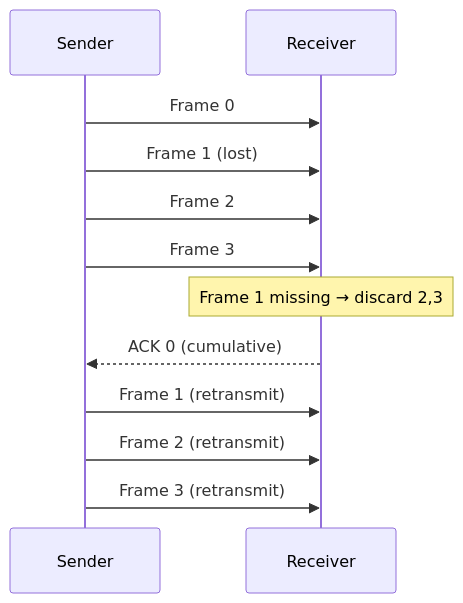
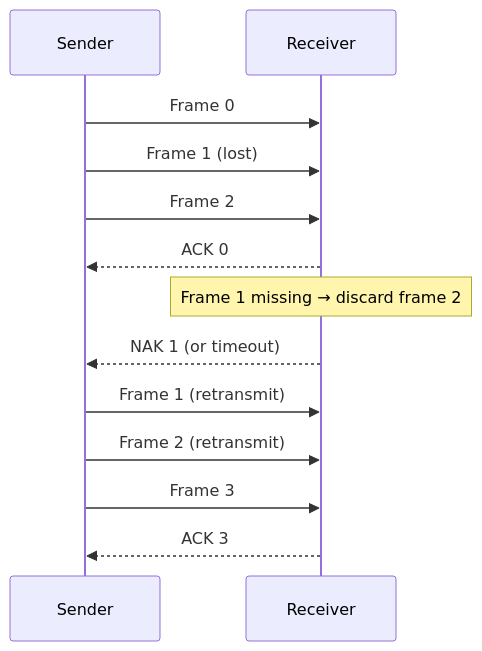
Before and after one commit to manishkumar8312/CS-Fundamentals: the ninth of 14 diagrams in Computer Network/Ch 04 - Data Link Layer.md, drawn with Mermaid. The commit also changed other lines of this file, not shown here.

````diff
--- a/Computer Network/Ch 04 - Data Link Layer.md
+++ b/Computer Network/Ch 04 - Data Link Layer.md
@@ -151,14 +227,15 @@
 ```mermaid
 sequenceDiagram
     participant Sender
     participant Receiver
     Sender->>Receiver: Frame 0
     Sender->>Receiver: Frame 1 (lost)
     Sender->>Receiver: Frame 2
-    Sender->>Receiver: Frame 3
-    Note over Receiver: Frame 1 missing → discard 2,3
-    Receiver-->>Sender: ACK 0 (cumulative)
+    Receiver-->>Sender: ACK 0
+    Note over Receiver: Frame 1 missing → discard frame 2
+    Receiver-->>Sender: NAK 1 (or timeout)
     Sender->>Receiver: Frame 1 (retransmit)
     Sender->>Receiver: Frame 2 (retransmit)
-    Sender->>Receiver: Frame 3 (retransmit)
+    Sender->>Receiver: Frame 3
+    Receiver-->>Sender: ACK 3
 ```
````
